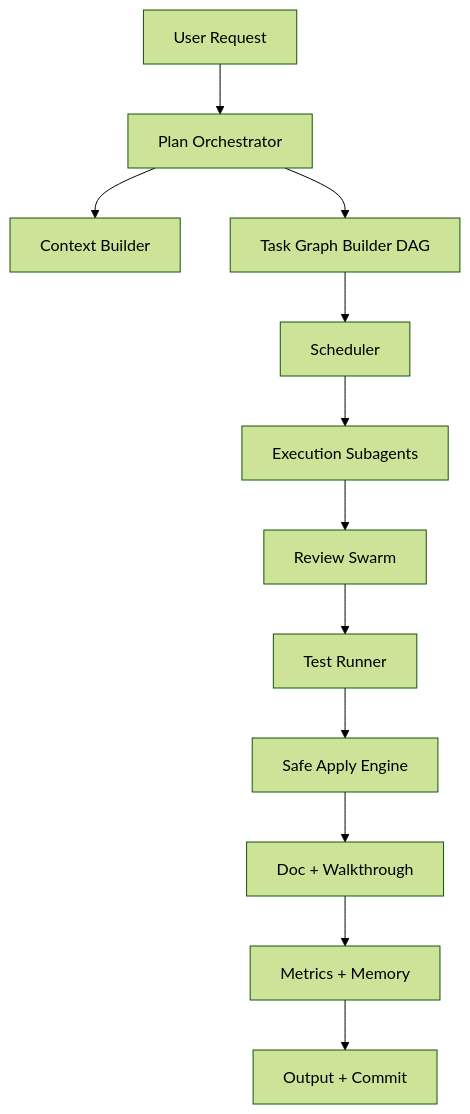
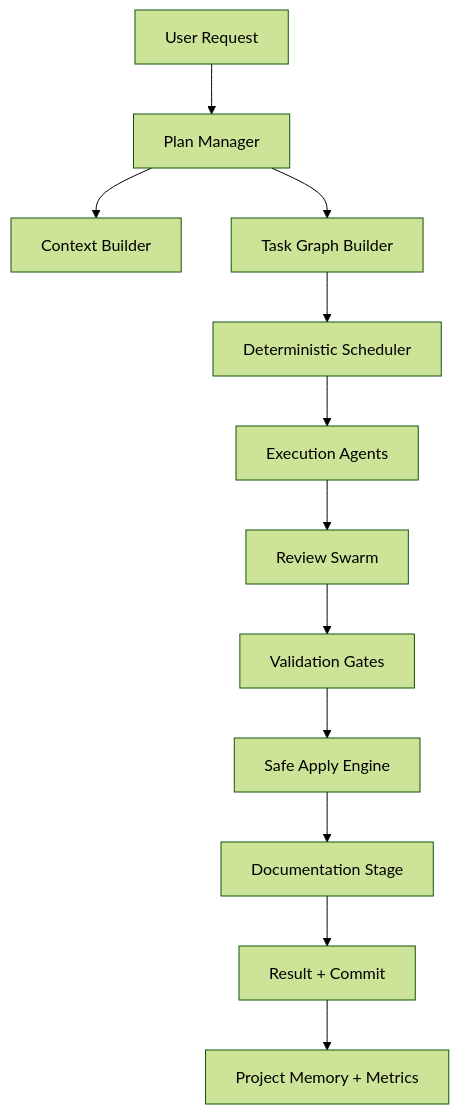
Before and after one commit to benjamix95/codigo: the first of 2 diagrams in docs/SOLOCODE_PIPELINE_V2.md, drawn with Mermaid (forest theme). The commit also changed other lines of this file, not shown here.

````diff
--- a/docs/SOLOCODE_PIPELINE_V2.md
+++ b/docs/SOLOCODE_PIPELINE_V2.md
@@ -62,14 +66,14 @@
 ```mermaid
 flowchart TD
-    U[User Request] --> P[Plan Orchestrator]
-    P --> C[Context Builder]
-    P --> G[Task Graph Builder DAG]
-    G --> S[Scheduler]
-    S --> X[Execution Subagents]
-    X --> R[Review Swarm]
-    R --> T[Test Runner]
-    T --> A[Safe Apply Engine]
-    A --> D[Doc + Walkthrough]
-    D --> M[Metrics + Memory]
-    M --> O[Output + Commit]
+    U[User Request] --> PM[Plan Manager]
+    PM --> CB[Context Builder]
+    PM --> TG[Task Graph Builder]
+    TG --> SCH[Deterministic Scheduler]
+    SCH --> EXE[Execution Agents]
+    EXE --> REV[Review Swarm]
+    REV --> VAL[Validation Gates]
+    VAL --> AP[Safe Apply Engine]
+    AP --> DOC[Documentation Stage]
+    DOC --> RES[Result + Commit]
+    RES --> MEM[Project Memory + Metrics]
 ```
````
